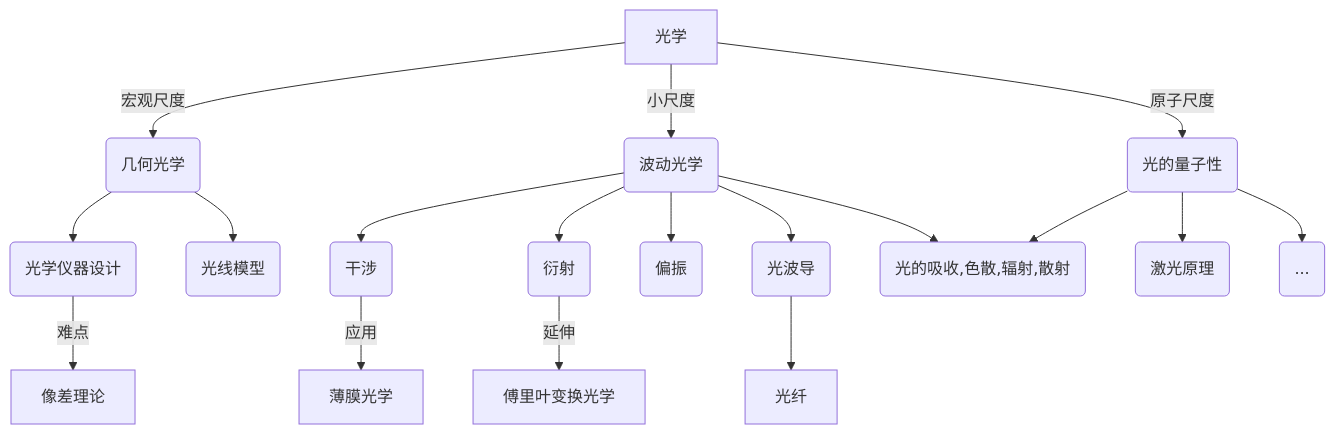
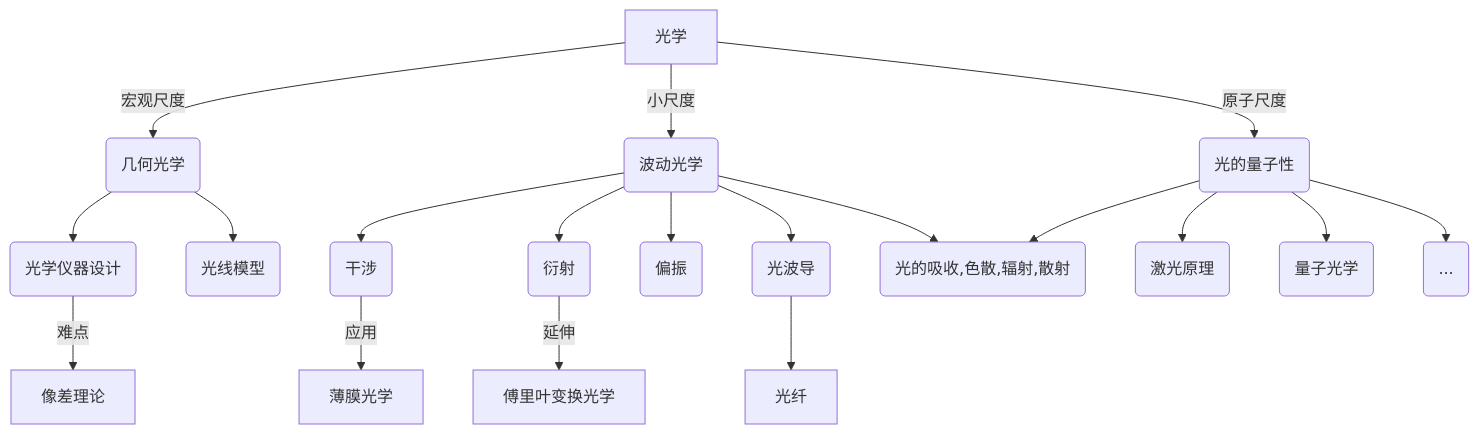
One commit to ikunnmd/Optics_Note changed the diagram in README.md. Above: the diagram before and after it, drawn with Mermaid. The commit also changed other lines of this file and 1 other file, not shown here.

````diff
--- a/README.md
+++ b/README.md
@@ -9,17 +9,18 @@
 ```mermaid
 graph TD
     A[光学] --宏观尺度--> B(几何光学);
     B(几何光学) --> E(光学仪器设计);
     E(光学仪器设计) --难点--> M[像差理论];
     B(几何光学) --> F(光线模型);
     A[光学] --小尺度--> C(波动光学);
     C(波动光学) --> G(干涉) --应用--> 薄膜光学;
     C(波动光学) --> H(衍射) --延伸--> N[傅里叶变换光学];
     C(波动光学) --> I(偏振);
     C(波动光学) --> J(光波导) --> 光纤;
     C(波动光学) --> K(光的吸收,色散,辐射,散射);
     A[光学] --原子尺度--> D(光的量子性);
     D(光的量子性) --> K(光的吸收,色散,辐射,散射);
     D(光的量子性) --> L(激光原理);
+    D(光的量子性) --> P(量子光学);
     D(光的量子性) --> O(...);
 ```
````
